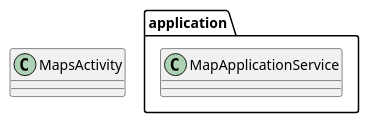
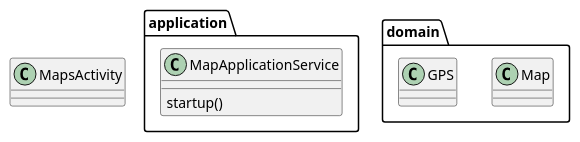
The diagram in docs/dev/Feature/F02/001/class-diagram.pu (chamberskaz0301/Walky_BackUp), drawn with PlantUML before and after one commit. The commit also changed 1 other file, not shown here.

```diff
--- a/docs/dev/Feature/F02/001/class-diagram.pu
+++ b/docs/dev/Feature/F02/001/class-diagram.pu
@@ -1,13 +1,23 @@
 @startuml
 
 class MapsActivity {
 
 }
 
 package application {
   class MapApplicationService {
-    
+    startup()
+  }
+}
+
+package domain {
+  class Map {
+
+  }
+
+  class GPS {
+
   }
 }
 
 @enduml
```
